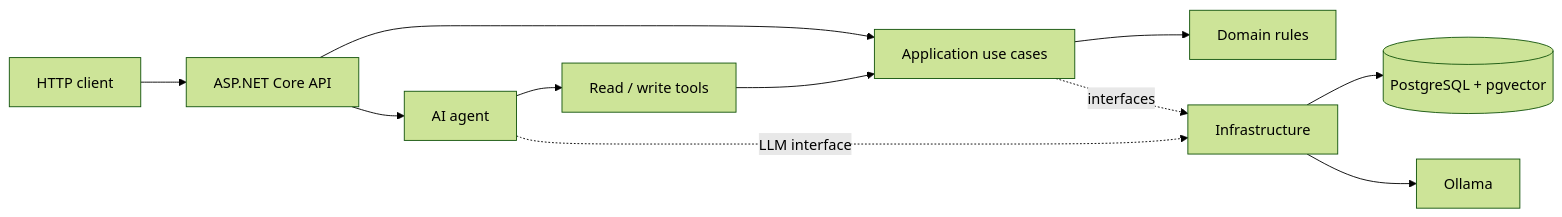
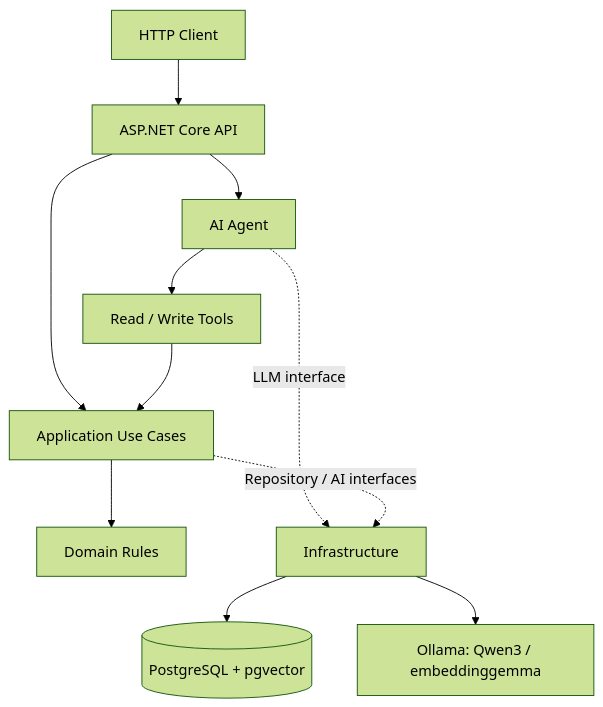
Before and after one commit to KajetanBilinski/ITSM.Ai: the diagram in README.md, drawn with Mermaid (forest theme).

Commit message:
Update architecture diagram in README.md

````diff
--- a/README.md
+++ b/README.md
@@ -20,13 +20,17 @@
 ```mermaid
-flowchart LR
-    Client[HTTP client] --> API[ASP.NET Core API]
-    API --> App[Application use cases]
-    API --> Agent[AI agent]
-    Agent --> Tools[Read / write tools]
+flowchart TB
+    Client["HTTP Client"] --> API["ASP.NET Core API"]
+
+    API --> Agent["AI Agent"]
+    API --> App["Application Use Cases"]
+
+    Agent --> Tools["Read / Write Tools"]
     Tools --> App
-    App --> Domain[Domain rules]
-    App -. interfaces .-> Infra[Infrastructure]
-    Agent -. LLM interface .-> Infra
-    Infra --> DB[(PostgreSQL + pgvector)]
-    Infra --> Ollama[Ollama]
+    App --> Domain["Domain Rules"]
+
+    Agent -. "LLM interface" .-> Infra["Infrastructure"]
+    App -. "Repository / AI interfaces" .-> Infra
+
+    Infra --> DB[("PostgreSQL + pgvector")]
+    Infra --> Ollama["Ollama: Qwen3 / embeddinggemma"]
 ```
````
